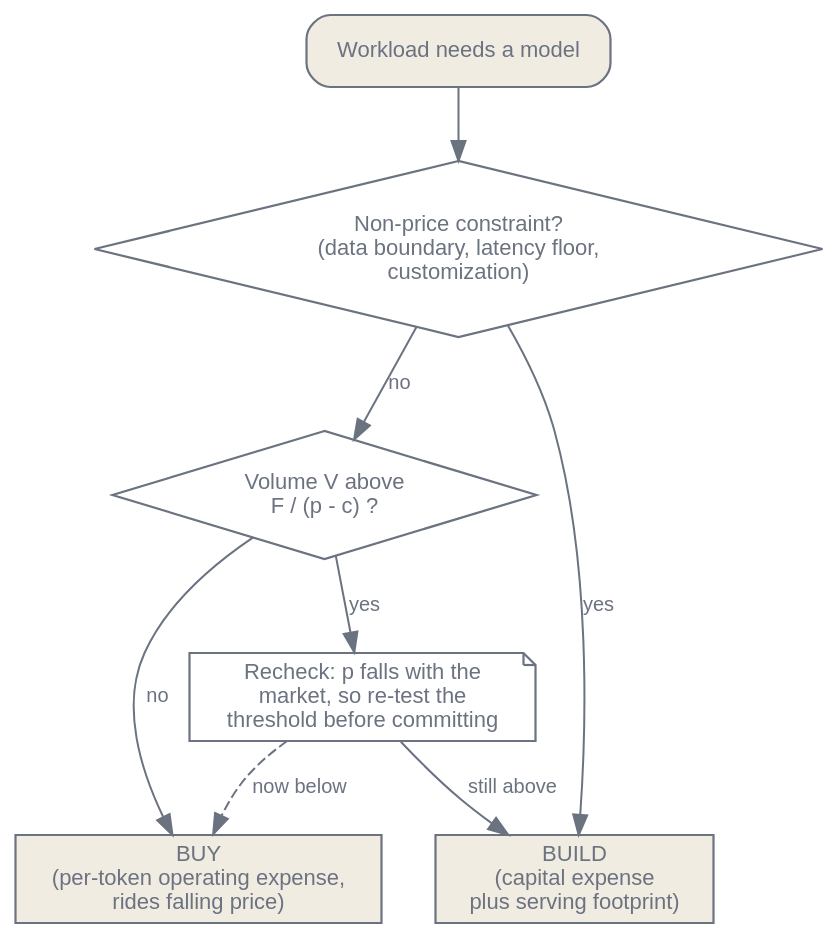
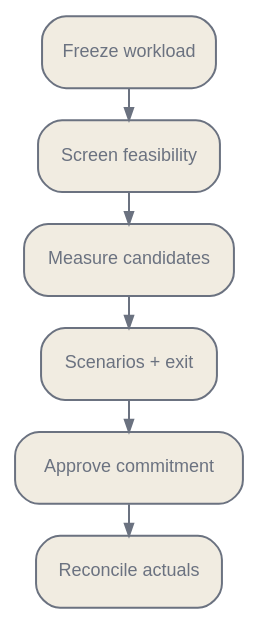
One commit to latere-ai/ai-as-an-infrastructure changed the second of 2 diagrams in en/ecosystem/04-economics.qmd. Above: the diagram before and after it, drawn with Graphviz. The commit also changed other lines of this file and 4 other files, not shown here.

````diff
--- a/en/ecosystem/04-economics.qmd
+++ b/en/ecosystem/04-economics.qmd
@@ -332,25 +435,22 @@
 ```{dot}
-//| label: fig-economics-build-buy
-//| fig-cap: "The build-versus-buy decision as a branching path. A non-price constraint forces build outright. Otherwise the volume threshold decides, and the falling API price routes the answer back through a recheck before capital is committed."
-digraph build_buy {
+//| label: fig-economics-decision
+//| fig-cap: "The economic model remains valid only through reconciliation. A team freezes a comparable workload, measures feasible alternatives, models uncertainty and exit, then compares invoices and accepted outcomes with the forecast."
+digraph economics_decision {
   bgcolor="transparent";
   rankdir=TB;
-  node [fontname="Helvetica", fontsize=11, color="#6b7280", fontcolor="#6b7280", penwidth=1.1];
-  edge [fontname="Helvetica", fontsize=10, color="#6b7280", fontcolor="#6b7280"];
-
-  start [shape=box, style="rounded,filled", fillcolor="#f1ece1", label="Workload needs a model"];
-  constraint [shape=diamond, label="Non-price constraint?\n(data boundary, latency floor,\ncustomization)"];
-  volume [shape=diamond, label="Volume V above\nF / (p - c) ?"];
-  build [shape=box, style=filled, fillcolor="#f1ece1", label="BUILD\n(capital expense\nplus serving footprint)"];
-  buy [shape=box, style=filled, fillcolor="#f1ece1", label="BUY\n(per-token operating expense,\nrides falling price)"];
-  recheck [shape=note, label="Recheck: p falls with the\nmarket, so re-test the\nthreshold before committing"];
-
-  start -> constraint;
-  constraint -> build [label="yes"];
-  constraint -> volume [label="no"];
-  volume -> recheck [label="yes"];
-  volume -> buy [label="no"];
-  recheck -> build [label="still above"];
-  recheck -> buy [label="now below", style=dashed];
+  pad="0.7,0.05";
+  nodesep=0.12;
+  ranksep=0.22;
+  node [shape=box, style="rounded,filled", fontname="Helvetica", fontsize=9,
+        color="#6b7280", fontcolor="#6b7280", fillcolor="#f1ece1",
+        margin="0.10,0.07"];
+  edge [color="#6b7280", arrowsize=0.6];
+  W [label="Freeze workload"];
+  F [label="Screen feasibility"];
+  M [label="Measure candidates"];
+  S [label="Scenarios + exit"];
+  C [label="Approve commitment"];
+  R [label="Reconcile actuals"];
+  W -> F -> M -> S -> C -> R;
 }
 ```
````
